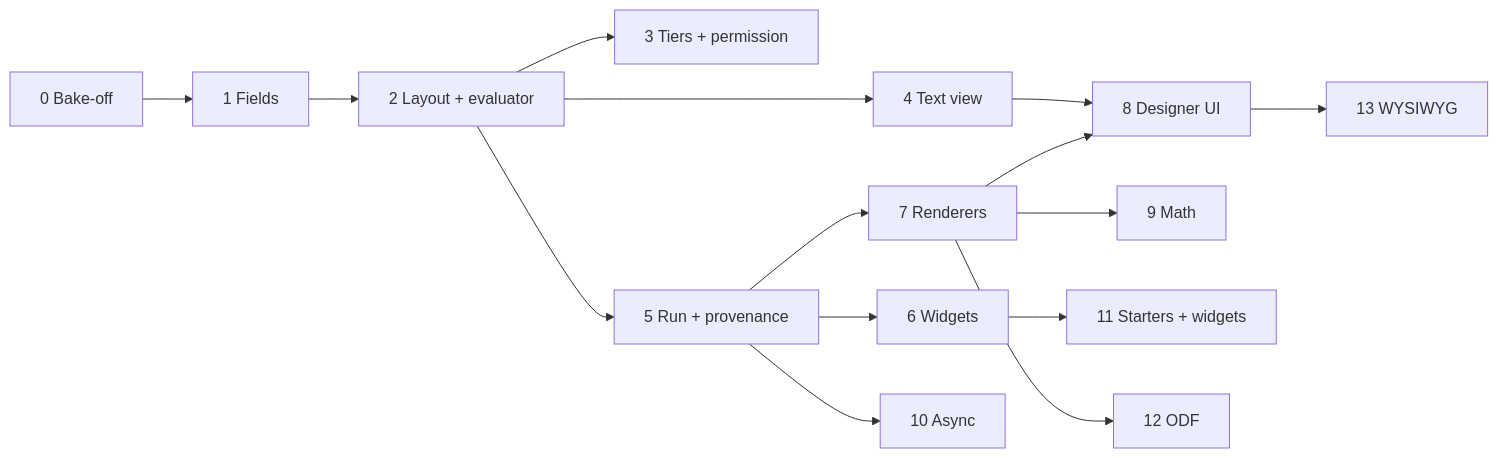
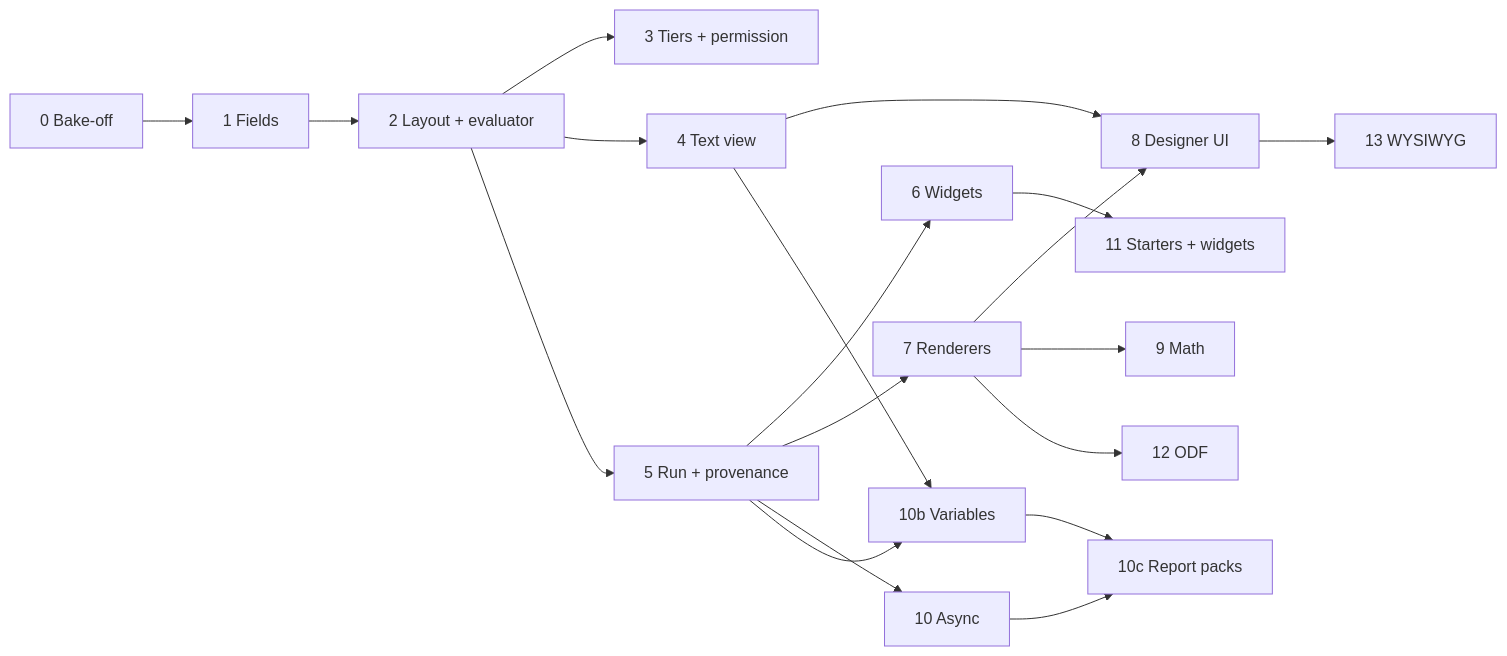
The second of 2 diagrams in docs/plans/module-10-reporting-and-analysis-plan.md (ballardr/reqtrackmanager), drawn with Mermaid before and after one commit. The commit also changed other lines of this file and 49 other files, not shown here.

````diff
--- a/docs/plans/module-10-reporting-and-analysis-plan.md
+++ b/docs/plans/module-10-reporting-and-analysis-plan.md
@@ -75,16 +85,20 @@
 ```mermaid
 flowchart LR
     P0["0 Bake-off"] --> P1["1 Fields"] --> P2["2 Layout + evaluator"]
     P2 --> P3["3 Tiers + permission"]
     P2 --> P4["4 Text view"]
     P2 --> P5["5 Run + provenance"]
     P5 --> P6["6 Widgets"]
     P5 --> P7["7 Renderers"]
     P4 --> P8["8 Designer UI"]
     P7 --> P8
     P7 --> P9["9 Math"]
     P5 --> P10["10 Async"]
+    P5 --> P10b["10b Variables"]
+    P4 --> P10b
+    P10b --> P10c["10c Report packs"]
+    P10 --> P10c
     P6 --> P11["11 Starters + widgets"]
     P7 --> P12["12 ODF"]
     P8 --> P13["13 WYSIWYG"]
 ```
````
